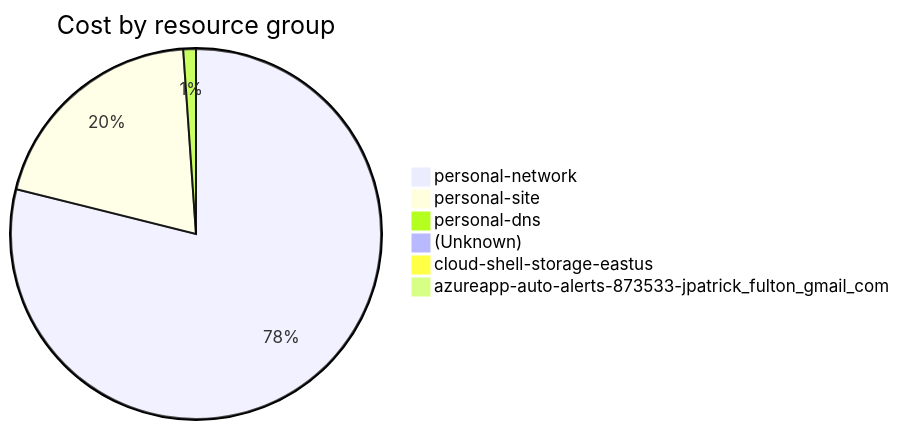
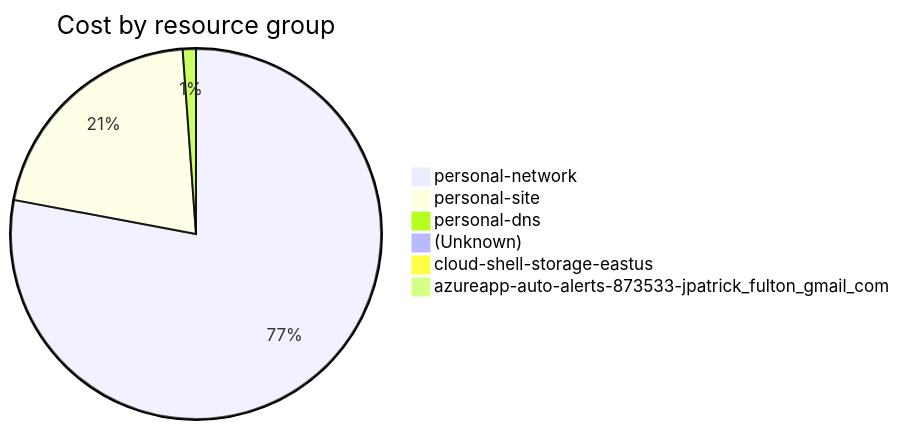
One commit to jpfulton/azure-personal-reports changed the fourth of 4 diagrams in cost-reports/accumulated-cost.md. Above: the diagram before and after it, drawn with Mermaid. The commit also changed other lines of this file and 4 other files, not shown here.

````diff
--- a/cost-reports/accumulated-cost.md
+++ b/cost-reports/accumulated-cost.md
@@ -154,10 +154,10 @@
 ```mermaid
 pie
    title Cost by resource group
-   "personal-network" : 24.30
-   "personal-site" : 6.16
-   "personal-dns" : 0.34
-   "(Unknown)" : 0.26
-   "cloud-shell-storage-eastus" : 0.11
+   "personal-network" : 26.41
+   "personal-site" : 7.08
+   "personal-dns" : 0.39
+   "(Unknown)" : 0.29
+   "cloud-shell-storage-eastus" : 0.12
    "azureapp-auto-alerts-873533-jpatrick_fulton_gmail_com" : 0.00
 ```
````
